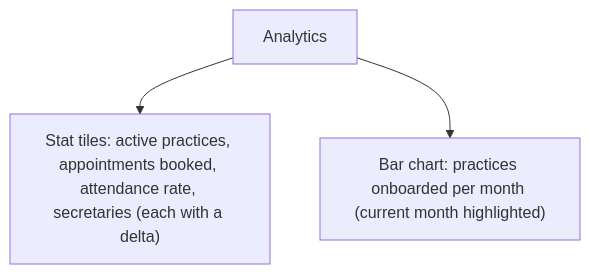
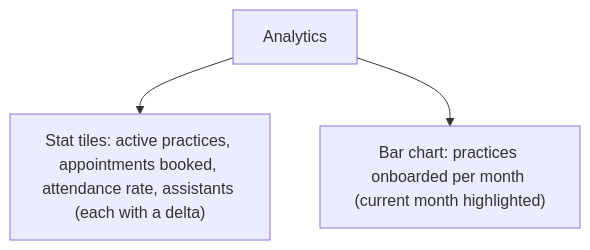
The fourth of 5 diagrams in docs/flows/admin.md (DaleneyRuben/alivia), drawn with Mermaid before and after one commit. The commit also changed other lines of this file and 10 other files, not shown here.

````diff
--- a/docs/flows/admin.md
+++ b/docs/flows/admin.md
@@ -66,5 +66,5 @@
 ```mermaid
 flowchart TD
-    An["Analytics"] --> Stats["Stat tiles: active practices, appointments booked, attendance rate, secretaries (each with a delta)"]
+    An["Analytics"] --> Stats["Stat tiles: active practices, appointments booked, attendance rate, assistants (each with a delta)"]
     An --> Chart["Bar chart: practices onboarded per month (current month highlighted)"]
 ```
````
